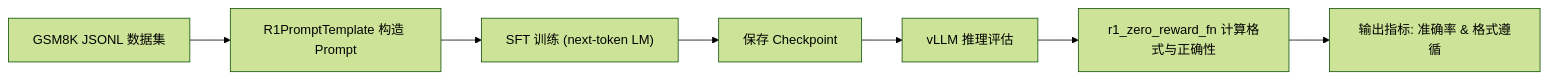
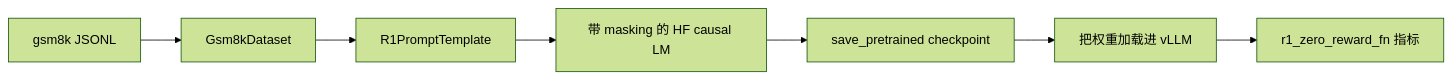
One commit to fangpin/llm-from-scratch changed the diagram in docs/zh/sft-gsm8k.md. Above: the diagram before and after it, drawn with Mermaid (forest theme). The commit also changed other lines of this file and 19 other files, not shown here.

````diff
--- a/docs/zh/sft-gsm8k.md
+++ b/docs/zh/sft-gsm8k.md
@@ -63,9 +248,9 @@
 ```mermaid
 flowchart LR
-  A["GSM8K JSONL 数据集"] --> B["R1PromptTemplate 构造 Prompt"]
-  B --> C["SFT 训练 (next-token LM)"]
-  C --> D["保存 Checkpoint"]
-  D --> E["vLLM 推理评估"]
-  E --> F["r1_zero_reward_fn 计算格式与正确性"]
-  F --> G["输出指标: 准确率 & 格式遵循"]
+    A["gsm8k JSONL"] --> B["Gsm8kDataset"]
+    B --> C["R1PromptTemplate"]
+    C --> D["带 masking 的 HF causal LM"]
+    D --> E["save_pretrained checkpoint"]
+    E --> F["把权重加载进 vLLM"]
+    F --> G["r1_zero_reward_fn 指标"]
 ```
````
